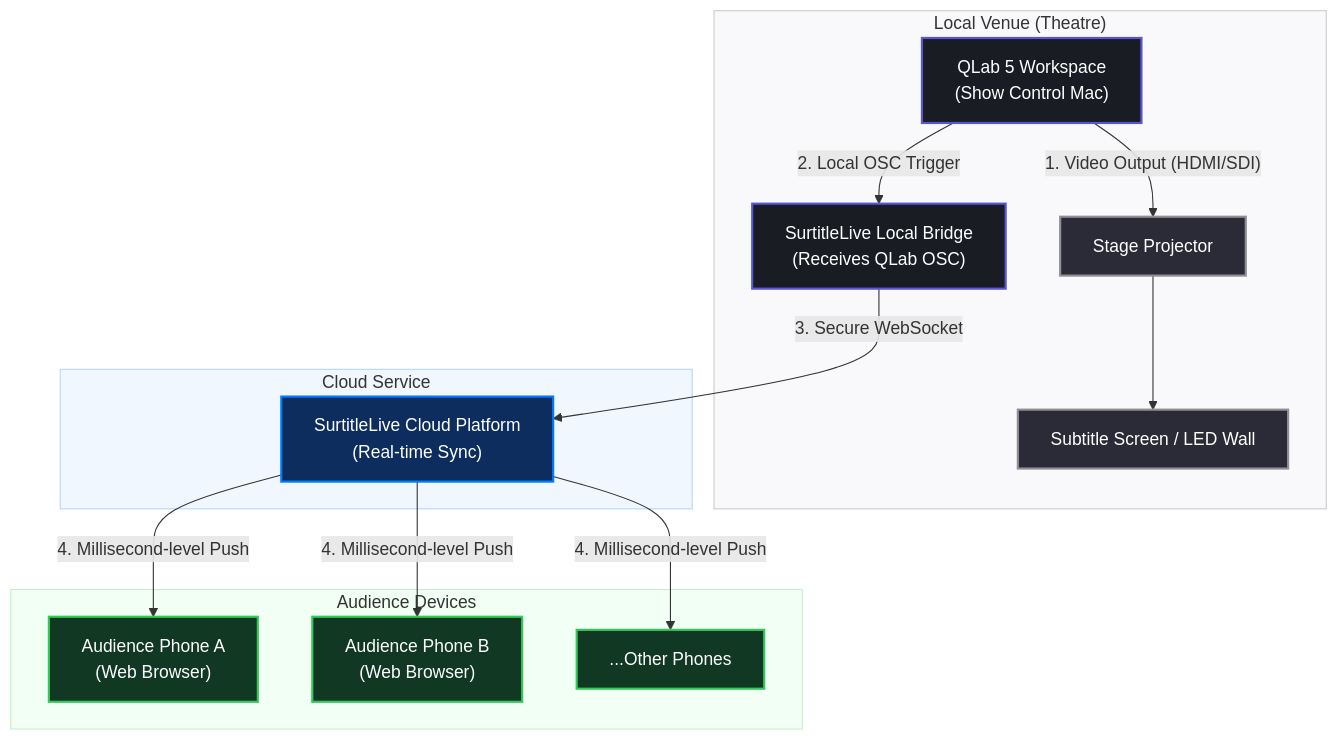
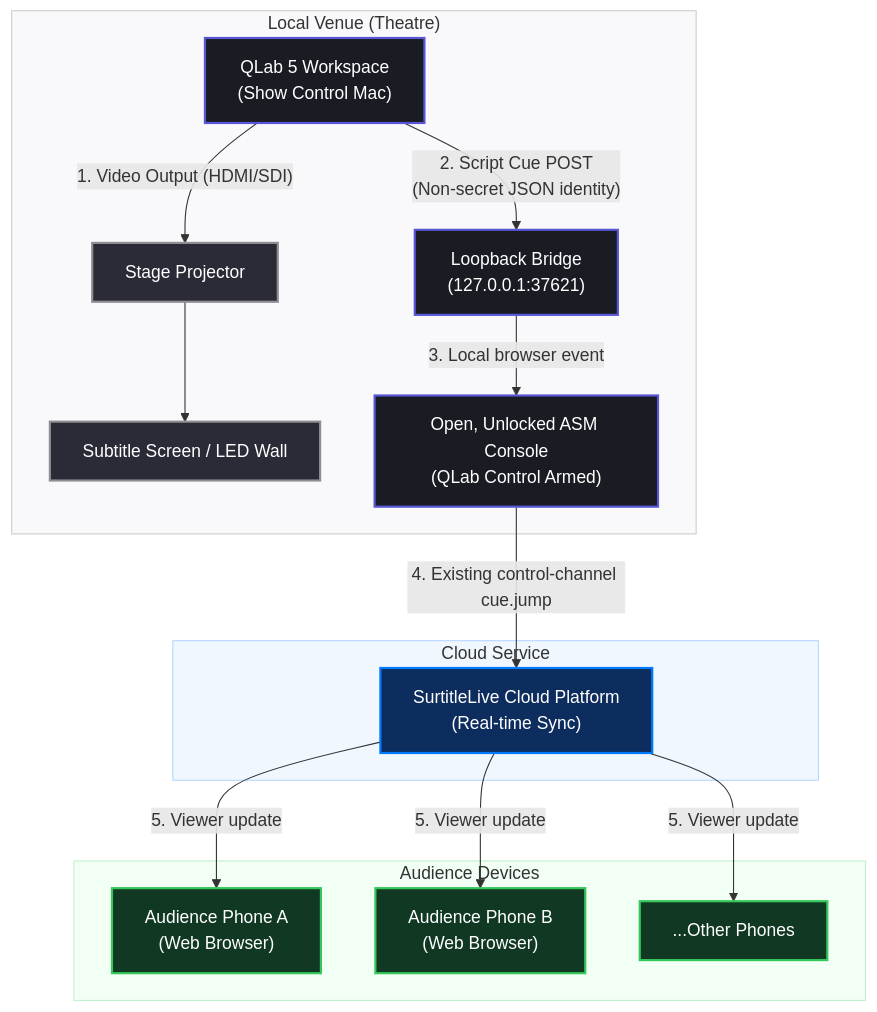
The diagram in src/content/blog/13-quick-qlab-subtitles-from-excel-txt.md (kklam1220/surtitlelive-blog), drawn with Mermaid before and after one commit. The commit also changed other lines of this file and 349 other files, not shown here.

````diff
--- a/src/content/blog/13-quick-qlab-subtitles-from-excel-txt.md
+++ b/src/content/blog/13-quick-qlab-subtitles-from-excel-txt.md
@@ -314,41 +332,43 @@
 ```mermaid
 graph TD
     %% Style Definitions
     classDef qlab fill:#1a1c23,stroke:#5856d6,stroke-width:2px,color:#fff;
     classDef hardware fill:#2a2b36,stroke:#8e8e93,stroke-width:2px,color:#fff;
     classDef cloud fill:#0d2d5e,stroke:#007aff,stroke-width:2px,color:#fff;
     classDef audience fill:#103823,stroke:#34c759,stroke-width:2px,color:#fff;
     
     subgraph Venue ["Local Venue (Theatre)"]
         QLab["QLab 5 Workspace<br>(Show Control Mac)"]:::qlab
         Projector["Stage Projector"]:::hardware
         Screen["Subtitle Screen / LED Wall"]:::hardware
-        Bridge["SurtitleLive Local Bridge<br>(Receives QLab OSC)"]:::qlab
+        Bridge["Loopback Bridge<br>(127.0.0.1:37621)"]:::qlab
+        ASM["Open, Unlocked ASM Console<br>(QLab Control Armed)"]:::qlab
     end
 
     subgraph CloudSpace ["Cloud Service"]
         Cloud["SurtitleLive Cloud Platform<br>(Real-time Sync)"]:::cloud
     end
 
     subgraph Viewers ["Audience Devices"]
         Phone1["Audience Phone A<br>(Web Browser)"]:::audience
         Phone2["Audience Phone B<br>(Web Browser)"]:::audience
         PhoneN["...Other Phones"]:::audience
     end
 
     %% Connection Logic
     QLab -->|"1. Video Output (HDMI/SDI)"| Projector
     Projector --> Screen
     
-    QLab -->|"2. Local OSC Trigger"| Bridge
-    Bridge -->|"3. Secure WebSocket"| Cloud
+    QLab -->|"2. Script Cue POST<br>(Non-secret JSON identity)"| Bridge
+    Bridge -->|"3. Local browser event"| ASM
+    ASM -->|"4. Existing control-channel cue.jump"| Cloud
     
-    Cloud -->|"4. Millisecond-level Push"| Phone1
-    Cloud -->|"4. Millisecond-level Push"| Phone2
-    Cloud -->|"4. Millisecond-level Push"| PhoneN
+    Cloud -->|"5. Viewer update"| Phone1
+    Cloud -->|"5. Viewer update"| Phone2
+    Cloud -->|"5. Viewer update"| PhoneN
 
     %% Subgraph Styling
     style Venue fill:#f9f9fb,stroke:#ccc,stroke-width:1px;
     style CloudSpace fill:#f0f7ff,stroke:#b3d7ff,stroke-width:1px;
     style Viewers fill:#f2fff5,stroke:#c2f0cc,stroke-width:1px;
 ```
````
